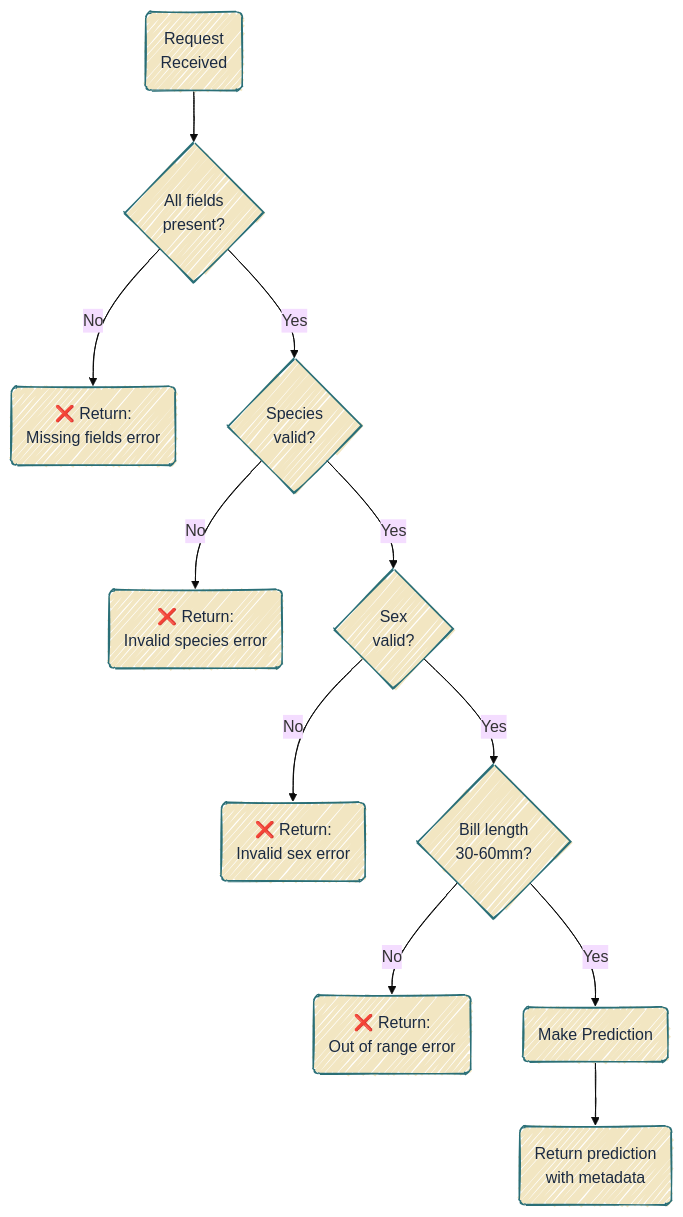
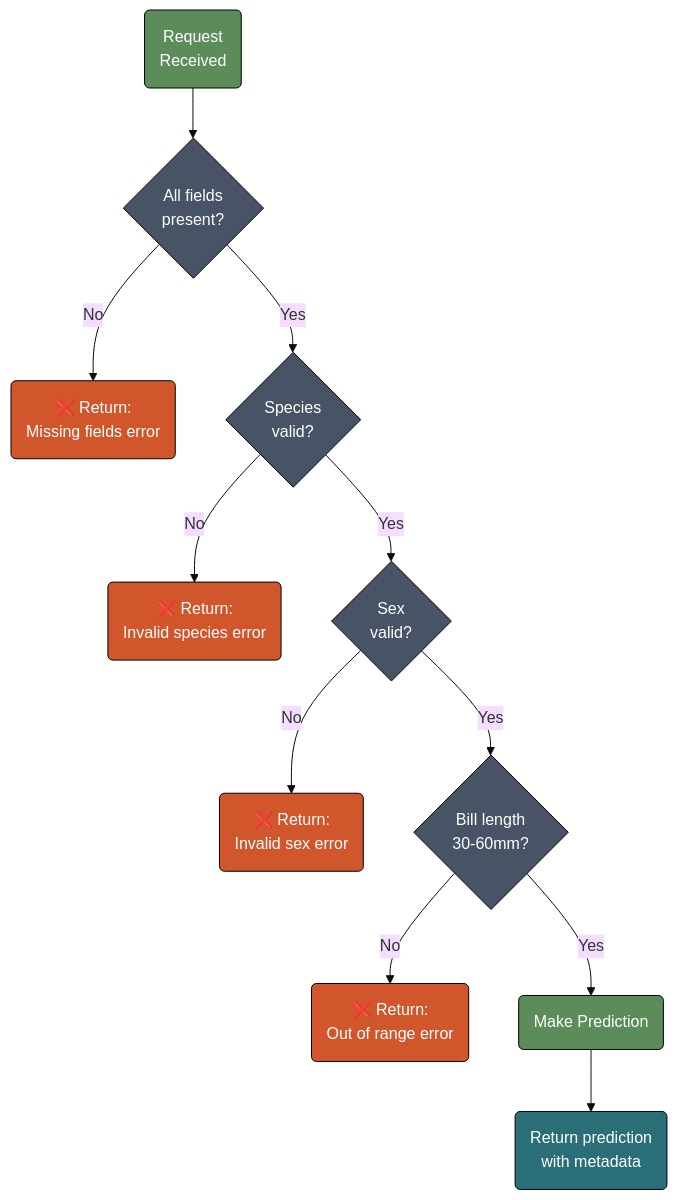
The fifth of 7 diagrams in plumber.qmd (mjfrigaard/do4ds-labs), drawn with Mermaid before and after one commit. The commit also changed other lines of this file and 48 other files, not shown here.

````diff
--- a/plumber.qmd
+++ b/plumber.qmd
@@ -1043,28 +1054,36 @@
 ```{mermaid}
 %%| fig-width: 7.0
-%%| fig-align: center
-%%{init: {'theme': 'base', 'look': 'handDrawn', 'themeVariables': {'fontFamily': 'monospace'}}}%%
+%%| fig-align: 'center'
+%%{init: {'theme': 'base', 'themeVariables': {'fontFamily': 'monospace'}}}%%
 
 graph TD
     Start("Request<br>Received")
-    
+
     Start --> Check1{All fields<br>present?}
     Check1 -->|No| Error1("❌ Return:<br>Missing fields error")
     Check1 -->|Yes| Check2{Species<br>valid?}
-    
+
     Check2 -->|No| Error2("❌ Return:<br>Invalid species error")
     Check2 -->|Yes| Check3{Sex<br>valid?}
-    
+
     Check3 -->|No| Error3("❌ Return:<br>Invalid sex error")
     Check3 -->|Yes| Check4{Bill length<br>30-60mm?}
-    
+
     Check4 -->|No| Error4("❌ Return:<br>Out of range error")
     Check4 -->|Yes| Predict("Make Prediction")
+
+    Predict --> Success("Return prediction<br>with metadata")
     
-    Predict --> Success("Return prediction<br>with metadata")
-    classDef default fill:#F2E6C2,stroke:#2A6F77,color:#1B2A41
-    
-    
-    
+    style Start fill:#5B8C5A,stroke:#000000,stroke-width:1px,color:#ffffff
+    style Check1 fill:#485466,stroke:#000000,stroke-width:1px,color:#ffffff
+    style Check2 fill:#485466,stroke:#000000,stroke-width:1px,color:#ffffff
+    style Check3 fill:#485466,stroke:#000000,stroke-width:1px,color:#ffffff
+    style Check4 fill:#485466,stroke:#000000,stroke-width:1px,color:#ffffff
+    style Error1 fill:#D2562B,stroke:#000000,stroke-width:1px,color:#ffffff
+    style Error2 fill:#D2562B,stroke:#000000,stroke-width:1px,color:#ffffff
+    style Error3 fill:#D2562B,stroke:#000000,stroke-width:1px,color:#ffffff
+    style Error4 fill:#D2562B,stroke:#000000,stroke-width:1px,color:#ffffff
+    style Predict fill:#5B8C5A,stroke:#000000,stroke-width:1px,color:#ffffff
+    style Success fill:#2A6F77,stroke:#000000,stroke-width:1px,color:#ffffff
     
 ```
````
